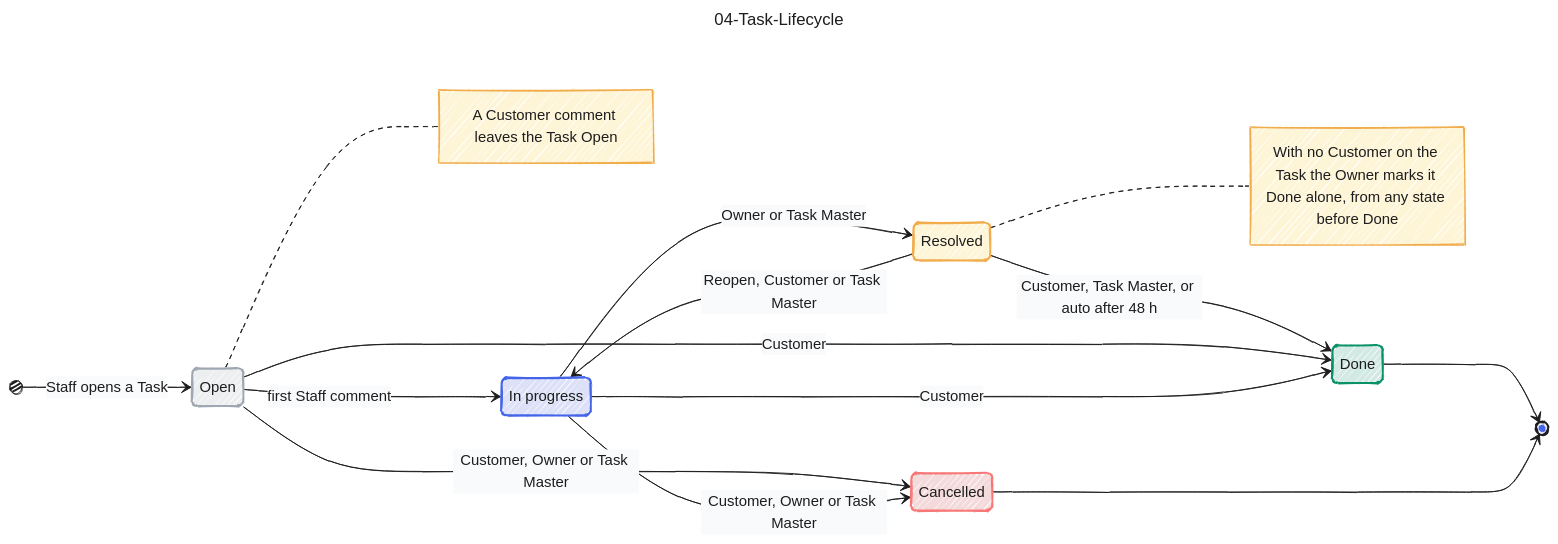
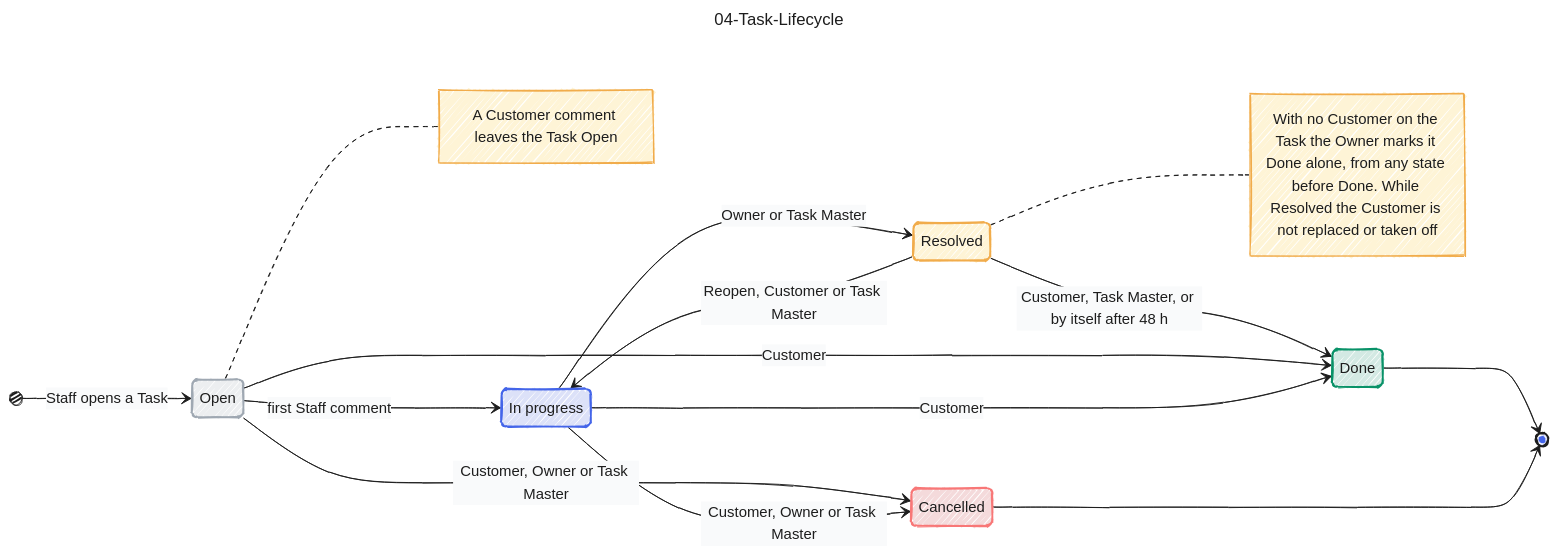
Before and after one commit to jedt3d/tasuku: the diagram in docs/diagram/04-Task-Lifecycle.md, drawn with Mermaid. The commit also changed other lines of this file and 7 other files, not shown here.

Commit message:
docs: sync the diagrams with automatic closure (#11)

```diff
--- a/docs/diagram/04-Task-Lifecycle.md
+++ b/docs/diagram/04-Task-Lifecycle.md
@@ -85,14 +85,14 @@
   Open --> InProgress : first Staff comment
   InProgress --> Resolved : Owner or Task Master
   Resolved --> InProgress : Reopen, Customer or Task Master
-  Resolved --> Done : Customer, Task Master, or auto after 48 h
+  Resolved --> Done : Customer, Task Master, or by itself after 48 h
   Open --> Done : Customer
   InProgress --> Done : Customer
   Open --> Cancelled : Customer, Owner or Task Master
   InProgress --> Cancelled : Customer, Owner or Task Master
   Done --> [*]
   Cancelled --> [*]
-  note right of Resolved : With no Customer on the Task the Owner marks it Done alone, from any state before Done
+  note right of Resolved : With no Customer on the Task the Owner marks it Done alone, from any state before Done. While Resolved the Customer is not replaced or taken off
   note right of Open : A Customer comment leaves the Task Open
   class Open grey
   class InProgress blue
```
